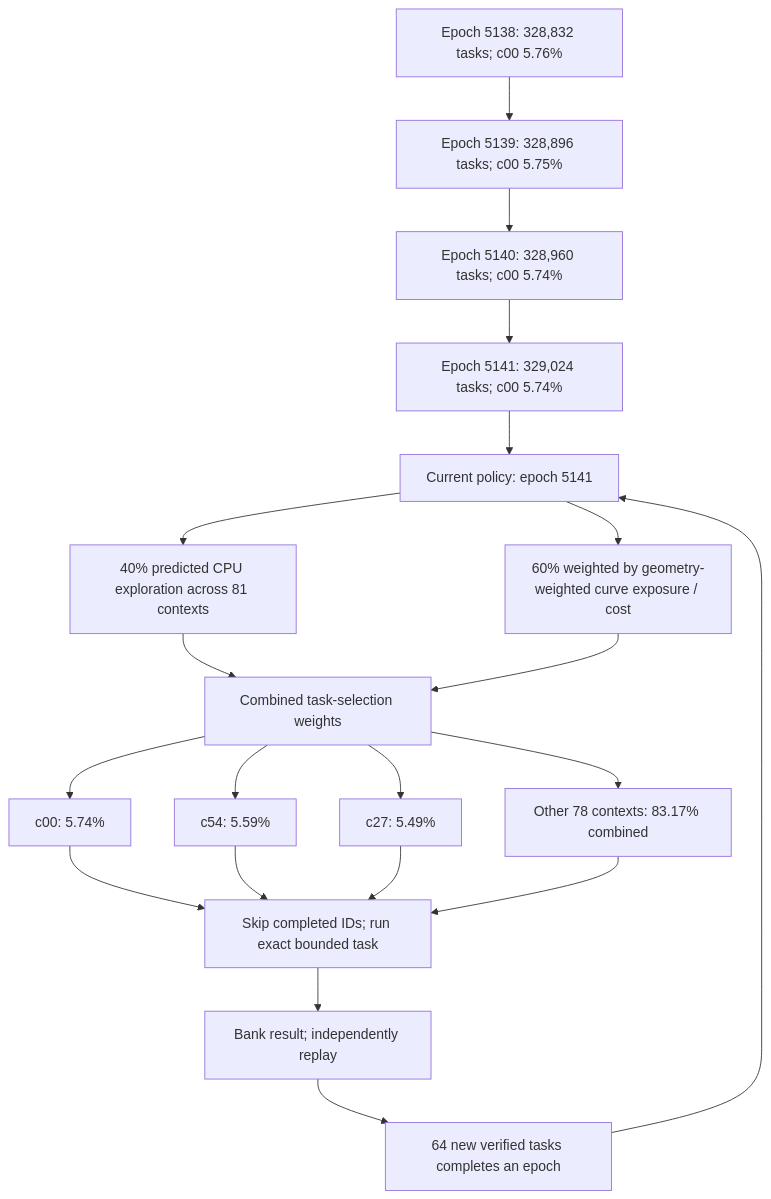
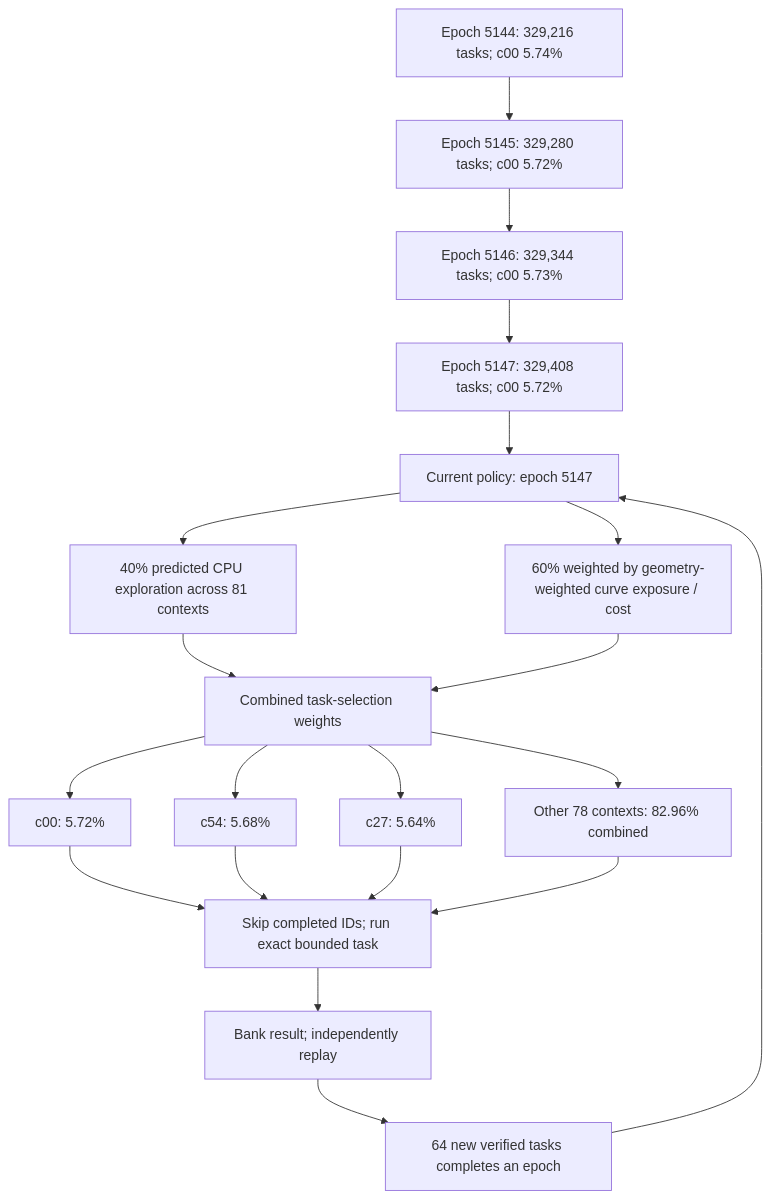
Before and after one commit to Kuberwastaken/math-gambling: the first of 3 diagrams in README.md, drawn with Mermaid. The commit also changed other lines of this file and 1470 other files, not shown here.

````diff
--- a/README.md
+++ b/README.md
@@ -60,27 +60,27 @@
 ```mermaid
 flowchart TD
-    H0["Epoch 5138: 328,832 tasks; c00 5.76%"]
-    H1["Epoch 5139: 328,896 tasks; c00 5.75%"]
+    H0["Epoch 5144: 329,216 tasks; c00 5.74%"]
+    H1["Epoch 5145: 329,280 tasks; c00 5.72%"]
     H0 --> H1
-    H2["Epoch 5140: 328,960 tasks; c00 5.74%"]
+    H2["Epoch 5146: 329,344 tasks; c00 5.73%"]
     H1 --> H2
-    H3["Epoch 5141: 329,024 tasks; c00 5.74%"]
+    H3["Epoch 5147: 329,408 tasks; c00 5.72%"]
     H2 --> H3
-    Policy["Current policy: epoch 5141"]
+    Policy["Current policy: epoch 5147"]
     H3 --> Policy
     Policy --> Explore["40% predicted CPU exploration across 81 contexts"]
     Policy --> Cost["60% weighted by geometry-weighted curve exposure / cost"]
     Explore --> Mix["Combined task-selection weights"]
     Cost --> Mix
-    Mix --> C0["c00: 5.74%"]
-    Mix --> C1["c54: 5.59%"]
-    Mix --> C2["c27: 5.49%"]
-    Mix --> Rest["Other 78 contexts: 83.17% combined"]
+    Mix --> C0["c00: 5.72%"]
+    Mix --> C1["c54: 5.68%"]
+    Mix --> C2["c27: 5.64%"]
+    Mix --> Rest["Other 78 contexts: 82.96% combined"]
     C0 --> Check["Skip completed IDs; run exact bounded task"]
     C1 --> Check
     C2 --> Check
     Rest --> Check
     Check --> Replay["Bank result; independently replay"]
     Replay --> Gate["64 new verified tasks completes an epoch"]
     Gate --> Policy
 ```
````
